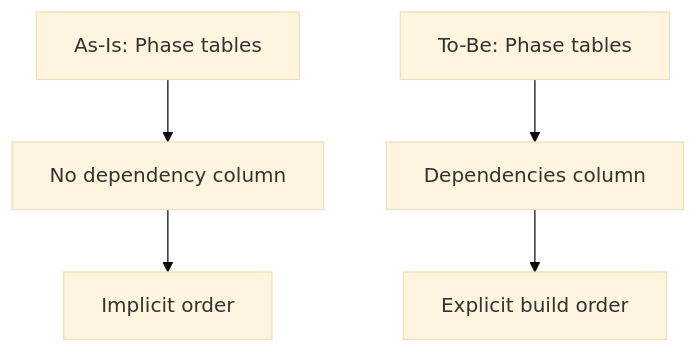
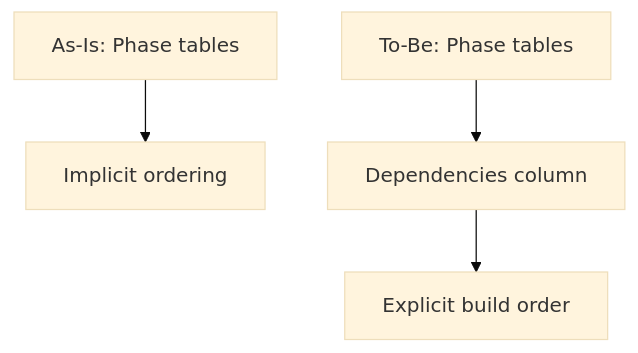
One commit to Gibbs-Morris/mississippi changed the first of 2 diagrams in spec/component-roadmap-dependency-order/rfc.md. Above: the diagram before and after it, drawn with Mermaid (base theme). The commit also changed other lines of this file and 3 other files, not shown here.

Commit message:
spec(component-roadmap-dependency-order): verification answers

````diff
--- a/spec/component-roadmap-dependency-order/rfc.md
+++ b/spec/component-roadmap-dependency-order/rfc.md
@@ -67,7 +68,6 @@
 ```mermaid
 flowchart TD
-    A[As-Is: Phase tables] --> B[No dependency column]
-    B --> C[Implicit order]
+    A[As-Is: Phase tables] --> B[Implicit ordering]
     D[To-Be: Phase tables] --> E[Dependencies column]
     E --> F[Explicit build order]
 ```
````
